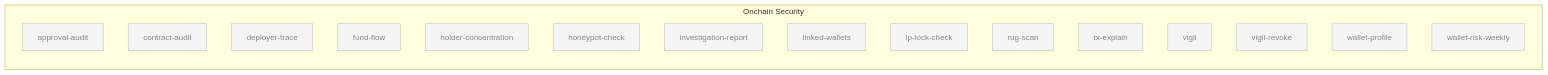
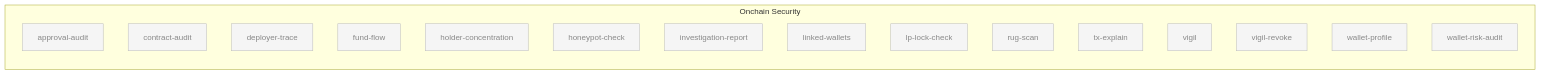
Before and after one commit to aeonfun/aeon: the seventh of 10 diagrams in docs/skill-graph.md, drawn with Mermaid. The commit also changed other lines of this file and 28 other files, not shown here.

First line of the commit message:
refactor(skills)!: rename temporal skill slugs to cadence-neutral names

````diff
--- a/docs/skill-graph.md
+++ b/docs/skill-graph.md
@@ -413,39 +413,39 @@
 ```mermaid
 flowchart LR
     subgraph onchain_security ["Onchain Security"]
         approval-audit[approval-audit]
         contract-audit[contract-audit]
         deployer-trace[deployer-trace]
         fund-flow[fund-flow]
         holder-concentration[holder-concentration]
         honeypot-check[honeypot-check]
         investigation-report[investigation-report]
         linked-wallets[linked-wallets]
         lp-lock-check[lp-lock-check]
         rug-scan[rug-scan]
         tx-explain[tx-explain]
         vigil[vigil]
         vigil-revoke[vigil-revoke]
         wallet-profile[wallet-profile]
-        wallet-risk-weekly[wallet-risk-weekly]
+        wallet-risk-audit[wallet-risk-audit]
     end
 
     classDef default fill:#f5f5f5,stroke:#bbb,color:#888
     classDef enabled fill:#fff,stroke:#000,stroke-width:2px,color:#000
     classDef external fill:none,stroke:#bbb,stroke-dasharray:3 3,color:#888
     click approval-audit "../skills/approval-audit/SKILL.md"
     click contract-audit "../skills/contract-audit/SKILL.md"
     click deployer-trace "../skills/deployer-trace/SKILL.md"
     click fund-flow "../skills/fund-flow/SKILL.md"
     click holder-concentration "../skills/holder-concentration/SKILL.md"
     click honeypot-check "../skills/honeypot-check/SKILL.md"
     click investigation-report "../skills/investigation-report/SKILL.md"
     click linked-wallets "../skills/linked-wallets/SKILL.md"
     click lp-lock-check "../skills/lp-lock-check/SKILL.md"
     click rug-scan "../skills/rug-scan/SKILL.md"
     click tx-explain "../skills/tx-explain/SKILL.md"
     click vigil "../skills/vigil/SKILL.md"
     click vigil-revoke "../skills/vigil-revoke/SKILL.md"
     click wallet-profile "../skills/wallet-profile/SKILL.md"
-    click wallet-risk-weekly "../skills/wallet-risk-weekly/SKILL.md"
+    click wallet-risk-audit "../skills/wallet-risk-audit/SKILL.md"
 ```
````
